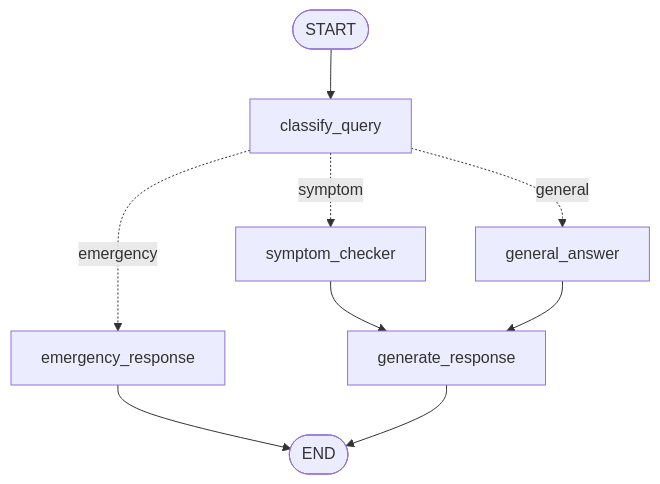
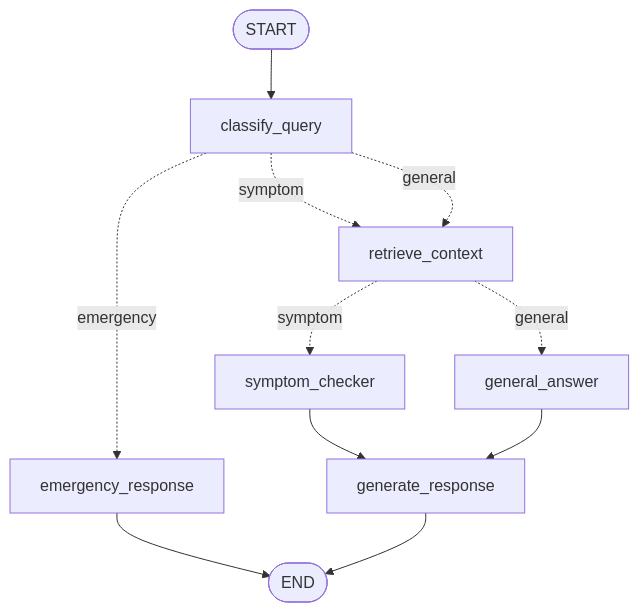
One commit to adarshkd80-ops/MedAssist changed the diagram in README.md. Above: the diagram before and after it, drawn with Mermaid. The commit also changed other lines of this file and 6 other files, not shown here.

````diff
--- a/README.md
+++ b/README.md
@@ -19,11 +21,13 @@
 ```mermaid
 graph TD;
     START([START]) --> classify_query
     classify_query -. emergency .-> emergency_response
-    classify_query -. symptom .-> symptom_checker
-    classify_query -. general .-> general_answer
+    classify_query -. symptom .-> retrieve_context
+    classify_query -. general .-> retrieve_context
+    retrieve_context -. symptom .-> symptom_checker
+    retrieve_context -. general .-> general_answer
     symptom_checker --> generate_response
     general_answer --> generate_response
     emergency_response --> END_([END])
     generate_response --> END_
 ```
````
